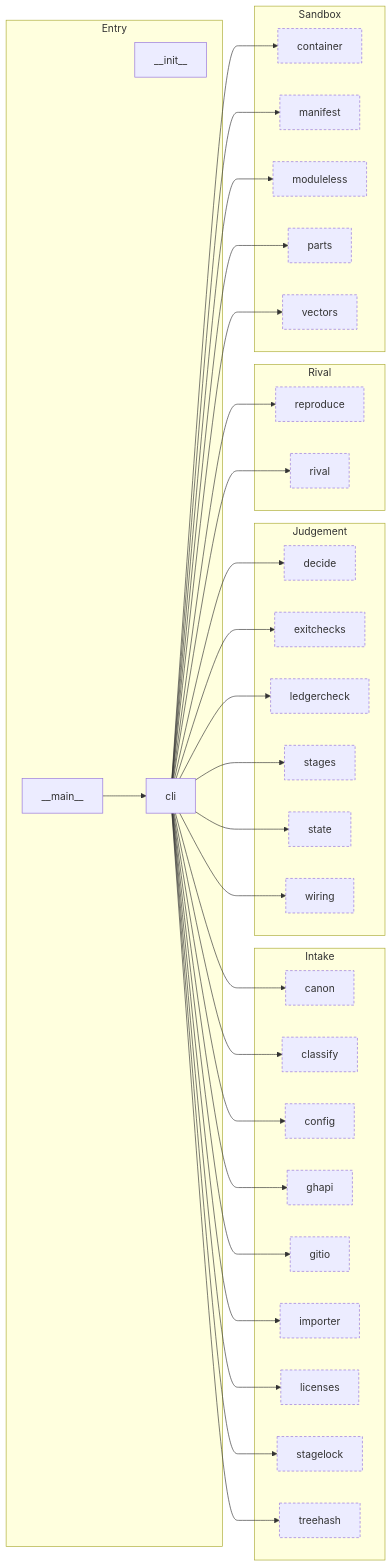
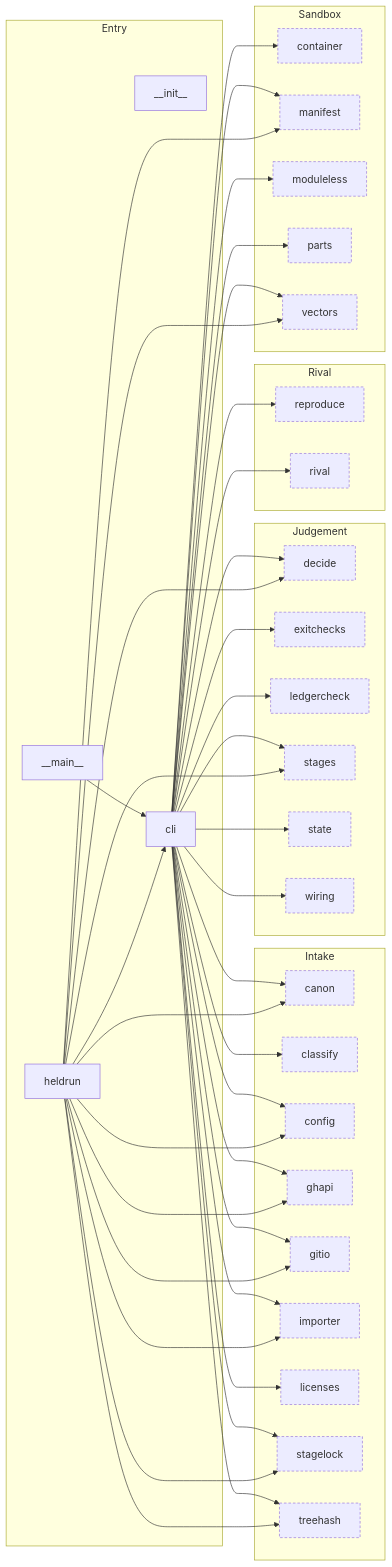
Before and after one commit to Okan-wqm/snowball-mcp: the third of 8 diagrams in docs/harita.md, drawn with Mermaid. The commit also changed other lines of this file and 17 other files, not shown here.

````diff
--- a/docs/harita.md
+++ b/docs/harita.md
@@ -124,62 +120,75 @@
 ```mermaid
 flowchart LR
   subgraph a_Entry["Entry"]
     m___init__["__init__"]
     m___main__["__main__"]
     m_cli["cli"]
+    m_heldrun["heldrun"]
   end
   subgraph a_Intake["Intake"]
     m_canon["canon"]:::outside
     m_classify["classify"]:::outside
     m_config["config"]:::outside
     m_ghapi["ghapi"]:::outside
     m_gitio["gitio"]:::outside
     m_importer["importer"]:::outside
     m_licenses["licenses"]:::outside
     m_stagelock["stagelock"]:::outside
     m_treehash["treehash"]:::outside
   end
   subgraph a_Judgement["Judgement"]
     m_decide["decide"]:::outside
     m_exitchecks["exitchecks"]:::outside
     m_ledgercheck["ledgercheck"]:::outside
     m_stages["stages"]:::outside
     m_state["state"]:::outside
     m_wiring["wiring"]:::outside
   end
   subgraph a_Rival["Rival"]
     m_reproduce["reproduce"]:::outside
     m_rival["rival"]:::outside
   end
   subgraph a_Sandbox["Sandbox"]
     m_container["container"]:::outside
     m_manifest["manifest"]:::outside
     m_moduleless["moduleless"]:::outside
     m_parts["parts"]:::outside
     m_vectors["vectors"]:::outside
   end
   m___main__ --> m_cli
   m_cli --> m_canon
   m_cli --> m_classify
   m_cli --> m_config
   m_cli --> m_container
   m_cli --> m_decide
   m_cli --> m_exitchecks
   m_cli --> m_ghapi
   m_cli --> m_gitio
   m_cli --> m_importer
   m_cli --> m_ledgercheck
   m_cli --> m_licenses
   m_cli --> m_manifest
   m_cli --> m_moduleless
   m_cli --> m_parts
   m_cli --> m_reproduce
   m_cli --> m_rival
   m_cli --> m_stagelock
   m_cli --> m_stages
   m_cli --> m_state
   m_cli --> m_treehash
   m_cli --> m_vectors
   m_cli --> m_wiring
+  m_heldrun --> m_canon
+  m_heldrun --> m_cli
+  m_heldrun --> m_config
+  m_heldrun --> m_decide
+  m_heldrun --> m_ghapi
+  m_heldrun --> m_gitio
+  m_heldrun --> m_importer
+  m_heldrun --> m_manifest
+  m_heldrun --> m_stagelock
+  m_heldrun --> m_stages
+  m_heldrun --> m_treehash
+  m_heldrun --> m_vectors
   classDef outside stroke-dasharray: 4 3
 ```
````
